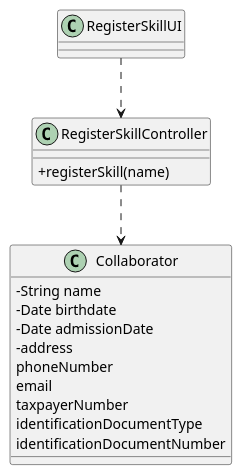
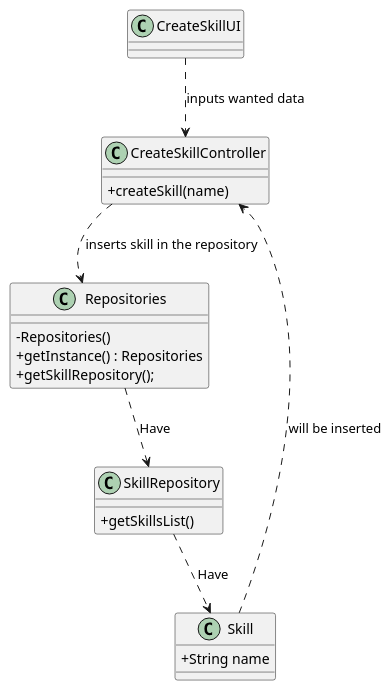
Before and after one commit to Departamento-de-Engenharia-Informatica/lei-24-s2-1dm-g132: the diagram in docs/sprintB/us001/03.design/puml/us001-class-diagram.puml, drawn with PlantUML. The commit also changed 1 other file, not shown here.

Commit message:
Us001/Us007 - Additional touches to the Class Diagrams

```diff
--- a/docs/sprintB/us001/03.design/puml/us001-class-diagram.puml
+++ b/docs/sprintB/us001/03.design/puml/us001-class-diagram.puml
@@ -1,24 +1,33 @@
 @startuml
 skinparam classAttributeIconSize 0
 
-class RegisterSkillController {
-    +registerSkill(name)
+class CreateSkillController {
+    +createSkill(name)
 }
 
 
-class RegisterSkillUI {
+class CreateSkillUI {
+
 }
-class Collaborator {
-   -String name
-   -Date birthdate
-    -Date admissionDate
-    -address
-    phoneNumber
-    email
-    taxpayerNumber
-    identificationDocumentType
-    identificationDocumentNumber
-}
-RegisterSkillUI ..> RegisterSkillController
-RegisterSkillController ..> Collaborator
+
+class Skill
+ {
+    +String name
+
+ }
+ class Repositories {
+     - Repositories()
+     + getInstance() : Repositories
+     + getSkillRepository();
+ }
+
+ class SkillRepository {
+     + getSkillsList()
+ }
+CreateSkillUI ..> CreateSkillController: inputs wanted data
+CreateSkillController ..> Repositories : inserts skill in the repository
+Repositories ..> SkillRepository : Have
+SkillRepository ..> Skill : Have
+Skill ..> CreateSkillController : will be inserted
+
 @enduml
```
